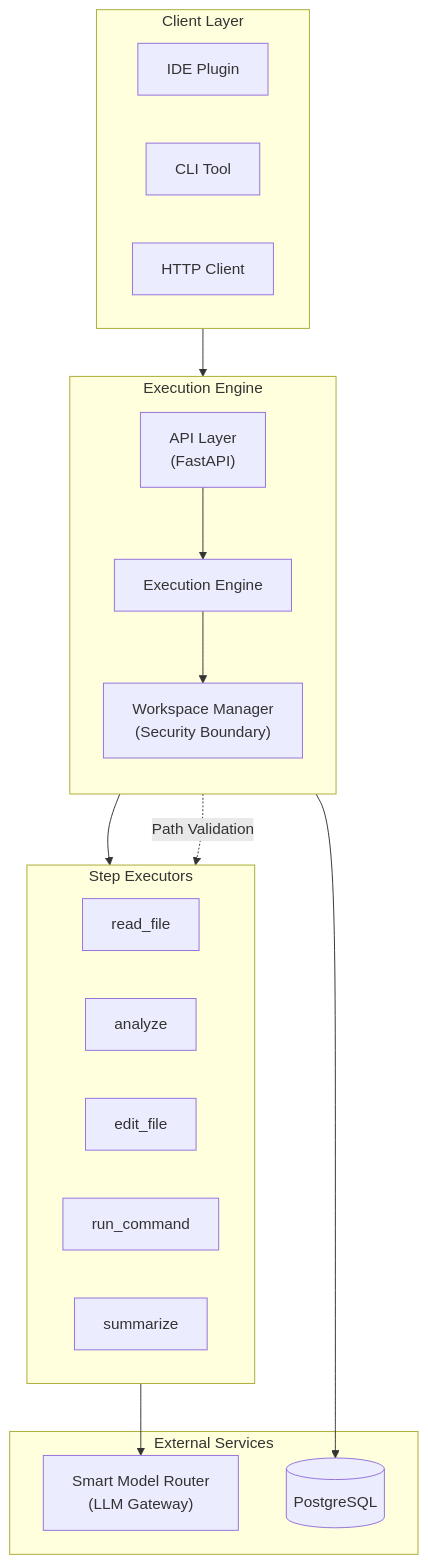
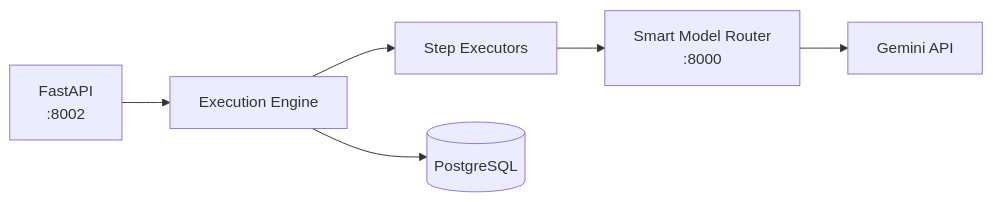
Before and after one commit to Asirwad/Deterministic-agent-execution-engine-for-agenticIDEs: the first of 2 diagrams in README.md, drawn with Mermaid. The commit also changed other lines of this file, not shown here.

Commit message:
docs: Refactor README to be more concise, removing extensive conceptual and API details, and adding a simplified overview and usage guide for the proof-of-concept.

````diff
--- a/README.md
+++ b/README.md
@@ -58,36 +18,8 @@
 ```mermaid
-flowchart TB
-    subgraph Client["Client Layer"]
-        IDE["IDE Plugin"]
-        CLI["CLI Tool"]
-        API["HTTP Client"]
-    end
-
-    subgraph Engine["Execution Engine"]
-        direction TB
-        EP["API Layer<br/>(FastAPI)"]
-        EE["Execution Engine"]
-        WM["Workspace Manager<br/>(Security Boundary)"]
-    end
-
-    subgraph Executors["Step Executors"]
-        RF["read_file"]
-        AN["analyze"]
-        EF["edit_file"]
-        RC["run_command"]
-        SU["summarize"]
-    end
-
-    subgraph External["External Services"]
-        SMR["Smart Model Router<br/>(LLM Gateway)"]
-        DB[(PostgreSQL)]
-    end
-
-    Client --> EP
-    EP --> EE
-    EE --> WM
-    EE --> Executors
-    Executors --> SMR
-    EE --> DB
-    WM -.->|"Path Validation"| Executors
+flowchart LR
+    API["FastAPI<br/>:8002"] --> Engine["Execution Engine"]
+    Engine --> Executors["Step Executors"]
+    Engine --> DB[(PostgreSQL)]
+    Executors --> SMR["Smart Model Router<br/>:8000"]
+    SMR --> LLM["Gemini API"]
 ```
````
